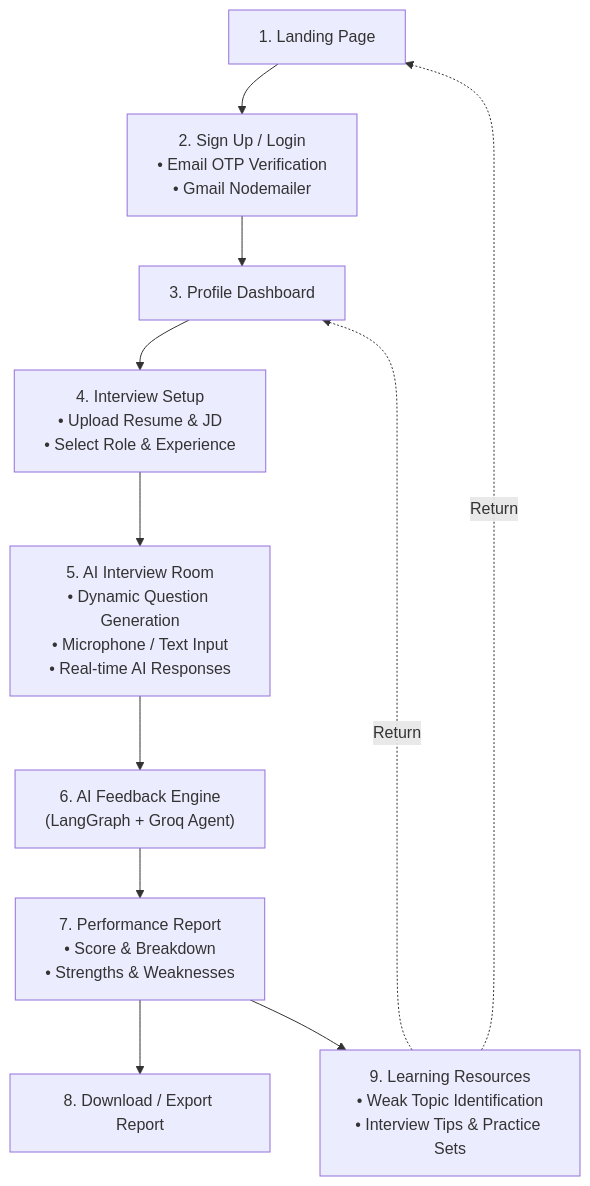
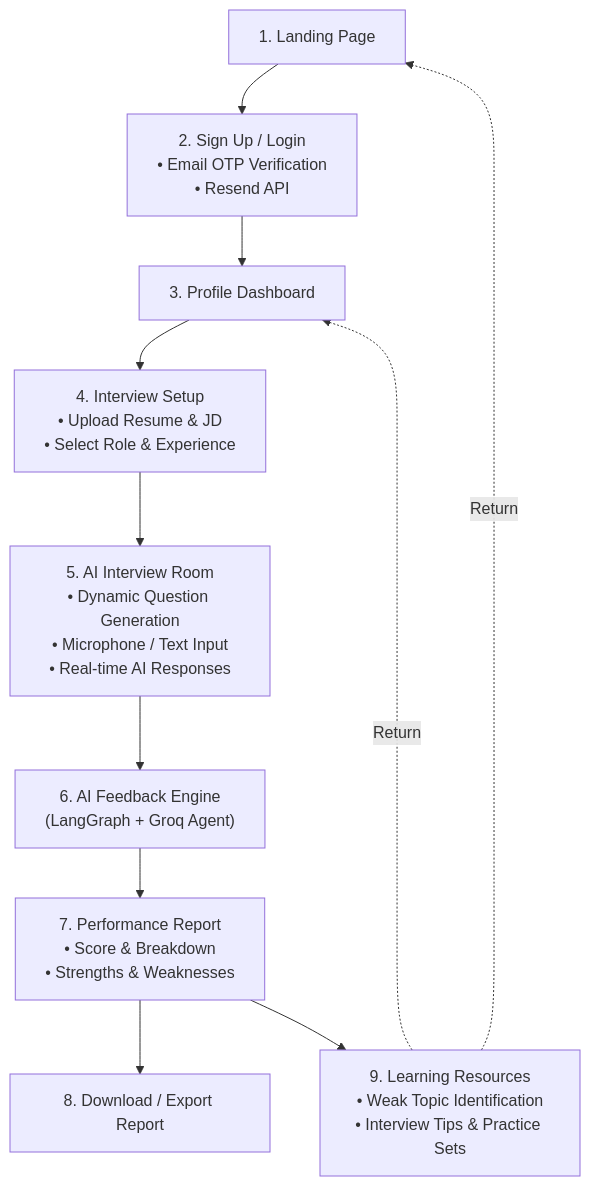
Before and after one commit to kirti2006/Lumify: the diagram in README.md, drawn with Mermaid. The commit also changed other lines of this file, not shown here.

Commit message:
docs: update README to reflect Resend email integration

````diff
--- a/README.md
+++ b/README.md
@@ -215,18 +210,18 @@
 ```mermaid
 flowchart TD
-    1["1. Landing Page"] --> 2["2. Sign Up / Login\n• Email OTP Verification\n• Gmail Nodemailer"]
+    1["1. Landing Page"] --> 2["2. Sign Up / Login\n• Email OTP Verification\n• Resend API"]
     2 --> 3["3. Profile Dashboard"]
     3 --> 4["4. Interview Setup\n• Upload Resume & JD\n• Select Role & Experience"]
 
     4 --> 5["5. AI Interview Room\n• Dynamic Question Generation\n• Microphone / Text Input\n• Real-time AI Responses"]
 
     5 --> 6["6. AI Feedback Engine\n(LangGraph + Groq Agent)"]
 
     6 --> 7["7. Performance Report\n• Score & Breakdown\n• Strengths & Weaknesses"]
 
     7 --> 8["8. Download / Export Report"]
     7 --> 9["9. Learning Resources\n• Weak Topic Identification\n• Interview Tips & Practice Sets"]
 
     9 -.->|Return| 1
     9 -.->|Return| 3
 ```
````
